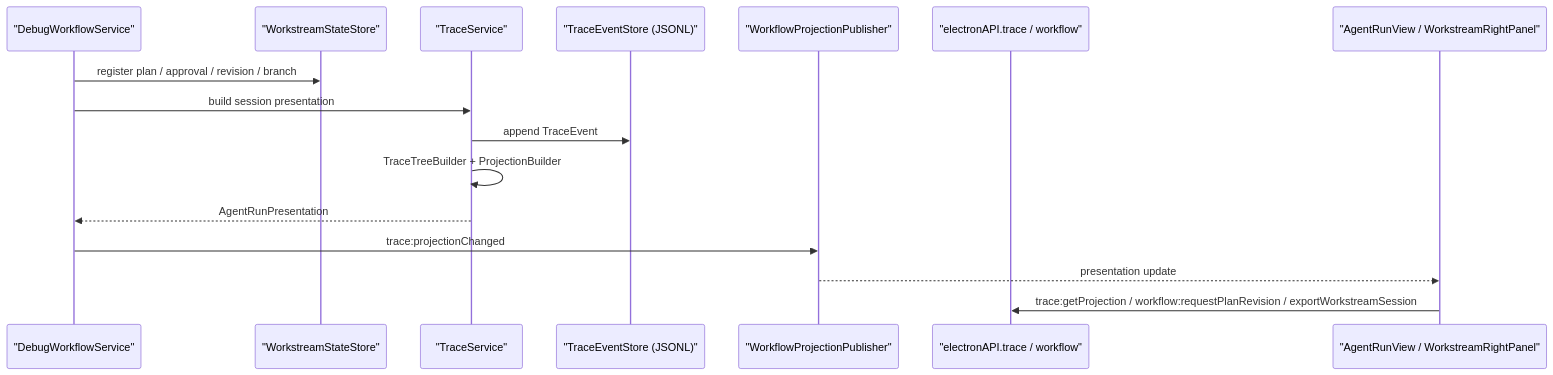
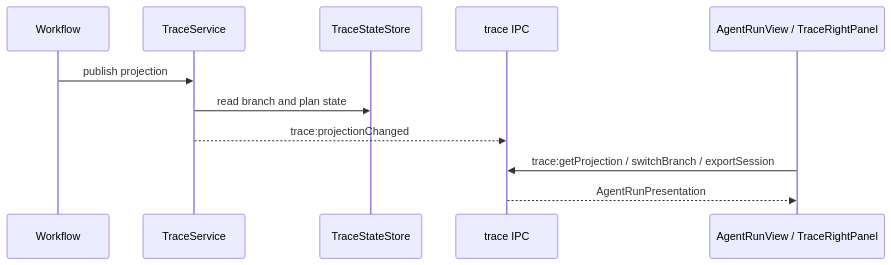
One commit to haolange/RDC-Agent changed the second of 2 diagrams in docs/architecture/data-flow.md. Above: the diagram before and after it, drawn with Mermaid. The commit also changed other lines of this file and 139 other files, not shown here.

````diff
--- a/docs/architecture/data-flow.md
+++ b/docs/architecture/data-flow.md
@@ -106,19 +34,14 @@
 ```mermaid
 sequenceDiagram
-  participant Runtime as "DebugWorkflowService"
-  participant Store as "WorkstreamStateStore"
-  participant Trace as "TraceService"
-  participant EventLog as "TraceEventStore (JSONL)"
-  participant Publisher as "WorkflowProjectionPublisher"
-  participant API as "electronAPI.trace / workflow"
-  participant UI as "AgentRunView / WorkstreamRightPanel"
+  participant WF as Workflow
+  participant Trace as TraceService
+  participant Store as TraceStateStore
+  participant IPC as trace IPC
+  participant UI as AgentRunView / TraceRightPanel
 
-  Runtime->>Store: register plan / approval / revision / branch
-  Runtime->>Trace: build session presentation
-  Trace->>EventLog: append TraceEvent
-  Trace->>Trace: TraceTreeBuilder + ProjectionBuilder
-  Trace-->>Runtime: AgentRunPresentation
-  Runtime->>Publisher: trace:projectionChanged
-  Publisher-->>UI: presentation update
-  UI->>API: trace:getProjection / workflow:requestPlanRevision / exportWorkstreamSession
+  WF->>Trace: publish projection
+  Trace->>Store: read branch and plan state
+  Trace-->>IPC: trace:projectionChanged
+  UI->>IPC: trace:getProjection / switchBranch / exportSession
+  IPC-->>UI: AgentRunPresentation
 ```
````
